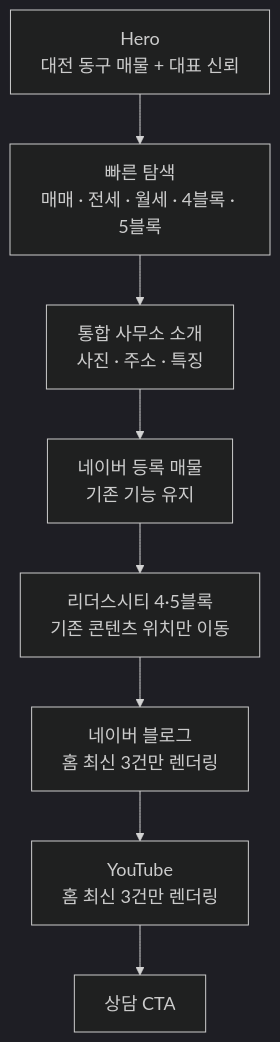
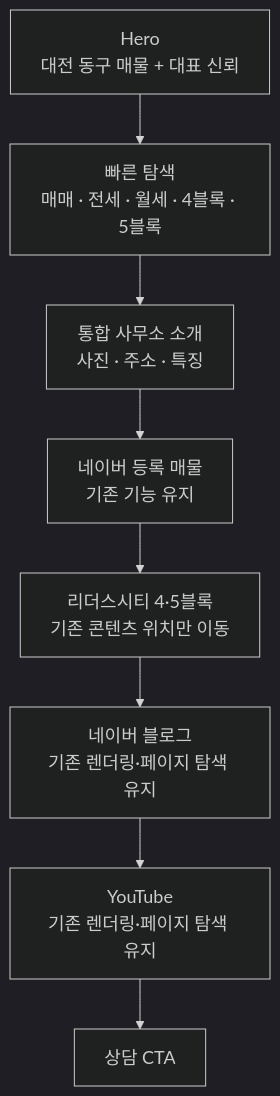
Before and after one commit to myoungsuk/real-estate-website: the diagram in docs/메인페이지_선택개선안.md, drawn with Mermaid. The commit also changed other lines of this file and 41 other files, not shown here.

````diff
--- a/docs/메인페이지_선택개선안.md
+++ b/docs/메인페이지_선택개선안.md
@@ -576,11 +512,11 @@
 ```mermaid
 %%{init: {'theme':'dark','themeVariables':{'fontSize':'18px'}}}%%
 flowchart TD
     H["Hero<br/>대전 동구 매물 + 대표 신뢰"] --> Q["빠른 탐색<br/>매매 · 전세 · 월세 · 4블록 · 5블록"]
     Q --> O["통합 사무소 소개<br/>사진 · 주소 · 특징"]
     O --> L["네이버 등록 매물<br/>기존 기능 유지"]
     L --> C["리더스시티 4·5블록<br/>기존 콘텐츠 위치만 이동"]
-    C --> B["네이버 블로그<br/>홈 최신 3건만 렌더링"]
-    B --> Y["YouTube<br/>홈 최신 3건만 렌더링"]
+    C --> B["네이버 블로그<br/>기존 렌더링·페이지 탐색 유지"]
+    B --> Y["YouTube<br/>기존 렌더링·페이지 탐색 유지"]
     Y --> T["상담 CTA"]
 ```
````
